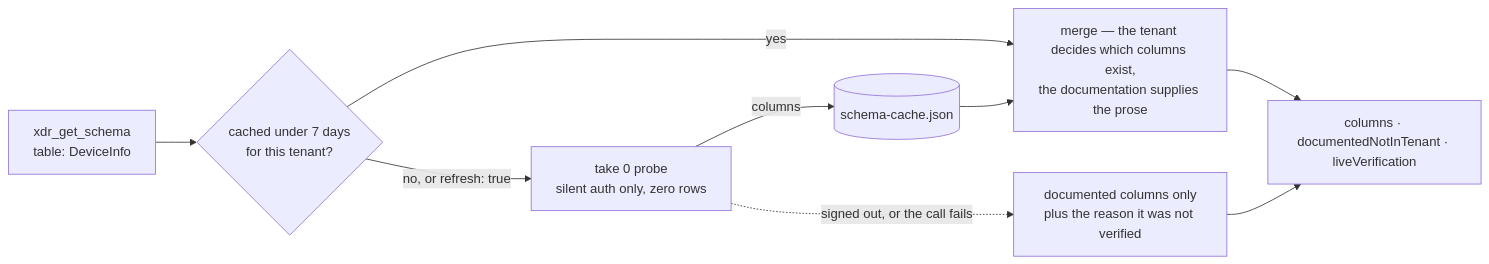
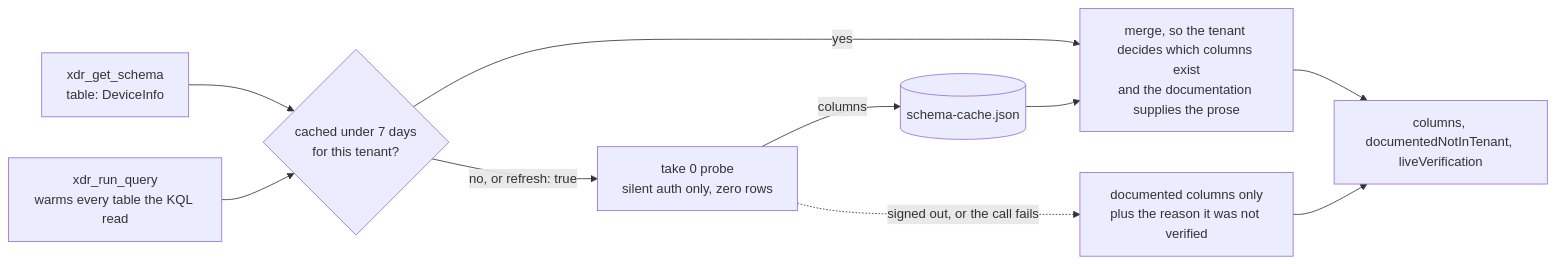
The second of 3 diagrams in docs/architecture.md (andrewtchilds/claude-defender-xdr), drawn with Mermaid before and after one commit. The commit also changed other lines of this file and 11 other files, not shown here.

````diff
--- a/docs/architecture.md
+++ b/docs/architecture.md
@@ -67,11 +67,12 @@
 ```mermaid
 flowchart LR
   ask["xdr_get_schema<br/>table: DeviceInfo"] --> fresh{"cached under 7 days<br/>for this tenant?"}
+  query["xdr_run_query<br/>warms every table the KQL read"] --> fresh
   fresh -->|yes| merge
   fresh -->|"no, or refresh: true"| probe["take 0 probe<br/>silent auth only, zero rows"]
   probe -->|"columns"| write[("schema-cache.json")]
   write --> merge
   probe -.->|"signed out, or the call fails"| docs["documented columns only<br/>plus the reason it was not verified"]
-  merge["merge — the tenant decides which columns exist,<br/>the documentation supplies the prose"] --> out["columns · documentedNotInTenant · liveVerification"]
+  merge["merge, so the tenant decides which columns exist<br/>and the documentation supplies the prose"] --> out["columns, documentedNotInTenant, liveVerification"]
   docs --> out
 ```
````
